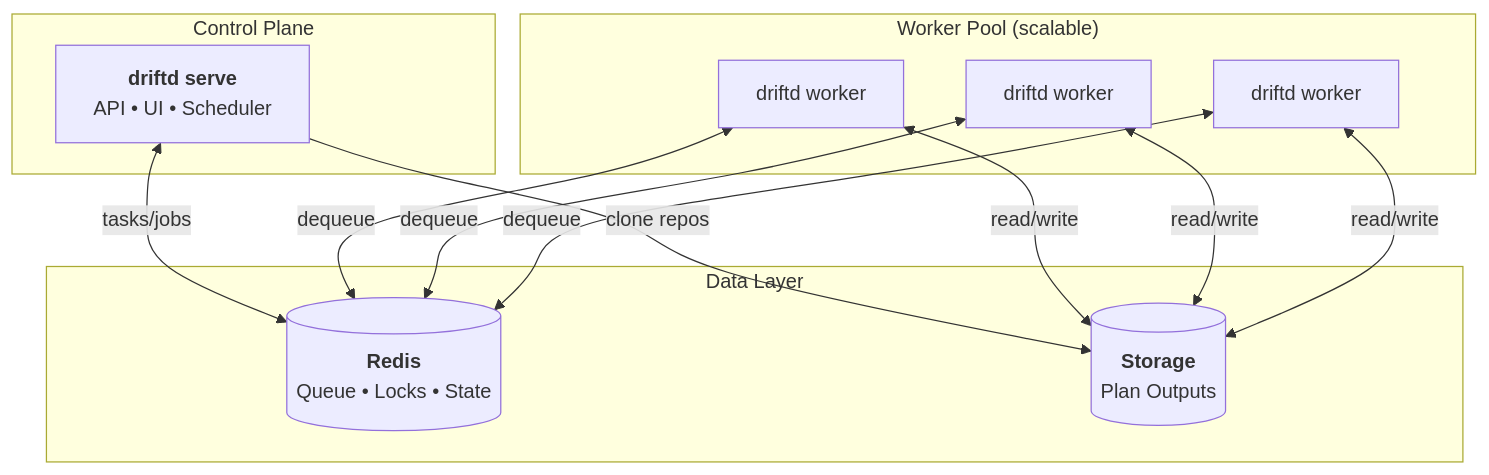
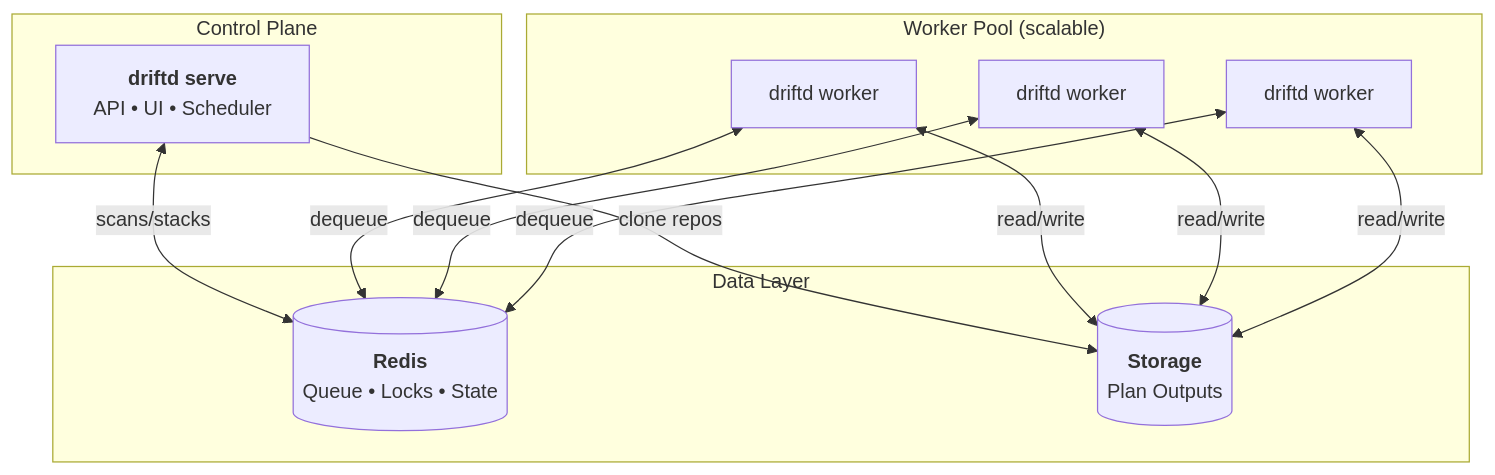
One commit to driftdhq/driftd changed the diagram in README.md. Above: the diagram before and after it, drawn with Mermaid. The commit also changed other lines of this file and 1 other file, not shown here.

````diff
--- a/README.md
+++ b/README.md
@@ -165,22 +165,22 @@
 ```mermaid
 flowchart TB
     subgraph Control["Control Plane"]
         Server["<b>driftd serve</b><br/>API &bull; UI &bull; Scheduler"]
     end
 
     subgraph Data["Data Layer"]
         Redis[("<b>Redis</b><br/>Queue &bull; Locks &bull; State")]
         Storage[("<b>Storage</b><br/>Plan Outputs")]
     end
 
     subgraph Workers["Worker Pool (scalable)"]
         W1["driftd worker"]
         W2["driftd worker"]
         W3["driftd worker"]
     end
 
-    Server <--> |"tasks/jobs"| Redis
+    Server <--> |"scans/stacks"| Redis
     Server --> |"clone repos"| Storage
     W1 & W2 & W3 <--> |"dequeue"| Redis
     W1 & W2 & W3 <--> |"read/write"| Storage
 ```
````
